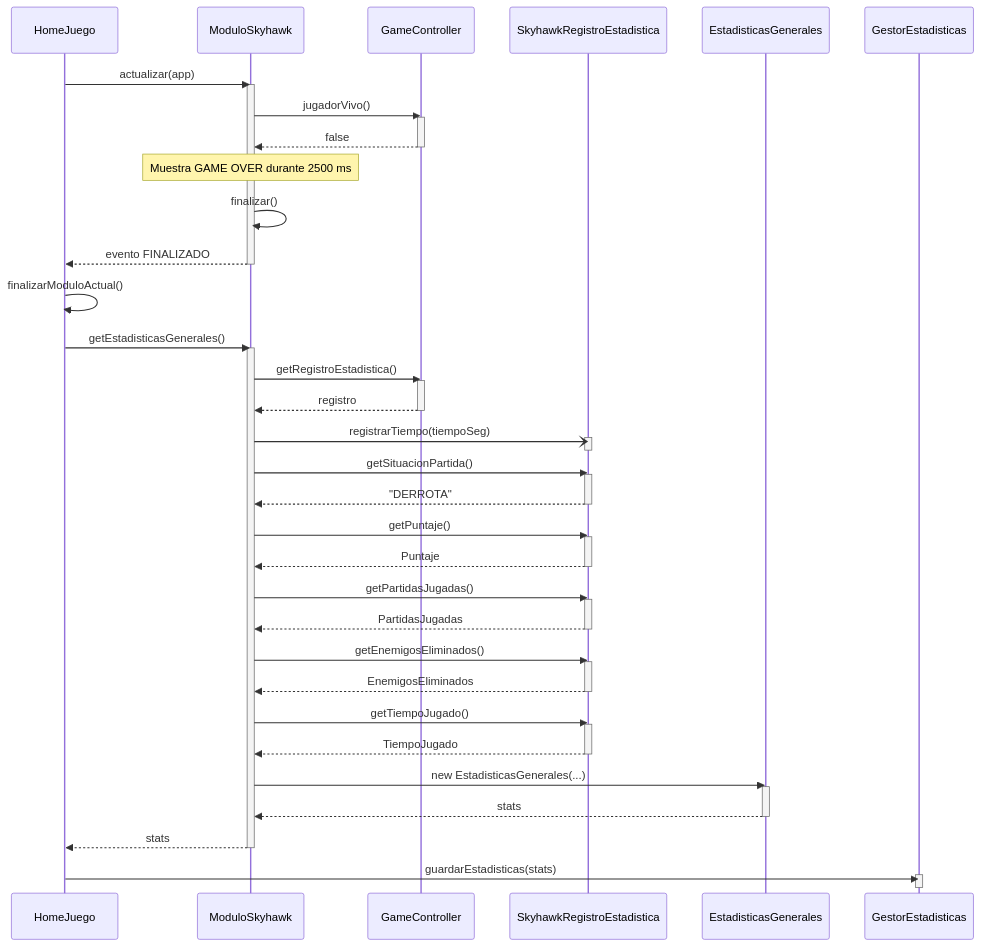
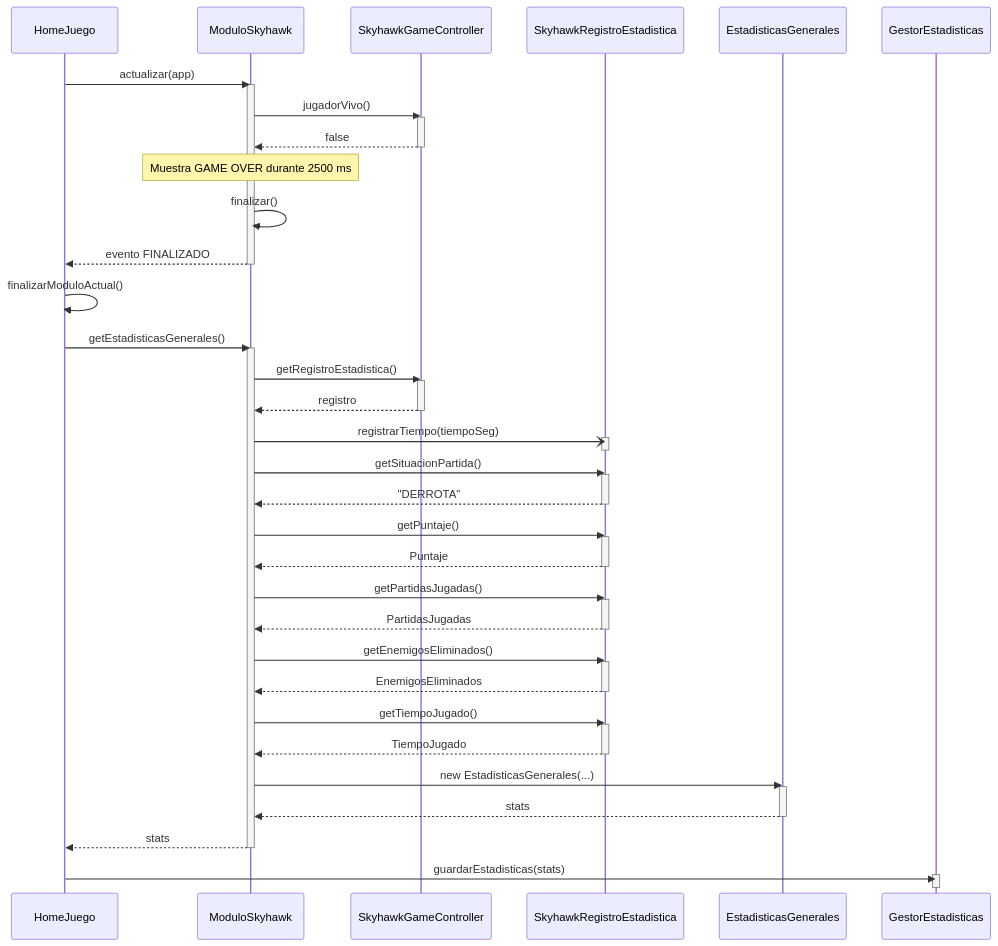
Before and after one commit to chiaraarego/Grupo-2---Skyhawk: the seventh of 7 diagrams in Diagramas/diagram_Secuencias_Actualizados.md, drawn with Mermaid.

````diff
--- a/Diagramas/diagram_Secuencias_Actualizados.md
+++ b/Diagramas/diagram_Secuencias_Actualizados.md
@@ -266,74 +266,74 @@
 ```mermaid
 sequenceDiagram
     participant HomeJuego
-    participant AvionSkyhawk as ModuloSkyhawk
-    participant GameController
+    participant ModuloSkyhawk
+    participant SkyhawkGameController
     participant Registro as SkyhawkRegistroEstadistica
     participant Stats as EstadisticasGenerales
     participant Gestor as GestorEstadisticas
 
-    HomeJuego ->> AvionSkyhawk: actualizar(app)
-    activate AvionSkyhawk
+    HomeJuego ->> ModuloSkyhawk: actualizar(app)
+    activate ModuloSkyhawk
 
-    AvionSkyhawk ->> GameController: jugadorVivo()
-    activate GameController
-    GameController -->> AvionSkyhawk: false
-    deactivate GameController
+    ModuloSkyhawk ->> SkyhawkGameController: jugadorVivo()
+    activate SkyhawkGameController
+    SkyhawkGameController -->> ModuloSkyhawk: false
+    deactivate SkyhawkGameController
 
-    Note over AvionSkyhawk: Muestra GAME OVER durante 2500 ms
+    Note over ModuloSkyhawk: Muestra GAME OVER durante 2500 ms
 
-    AvionSkyhawk ->> AvionSkyhawk: finalizar()
-    AvionSkyhawk -->> HomeJuego: evento FINALIZADO
-    deactivate AvionSkyhawk
+    ModuloSkyhawk ->> ModuloSkyhawk: finalizar()
+    ModuloSkyhawk -->> HomeJuego: evento FINALIZADO
+    deactivate ModuloSkyhawk
 
     HomeJuego ->> HomeJuego: finalizarModuloActual()
 
-    HomeJuego ->> AvionSkyhawk: getEstadisticasGenerales()
-    activate AvionSkyhawk
+    HomeJuego ->> ModuloSkyhawk: getEstadisticasGenerales()
+    activate ModuloSkyhawk
 
-    AvionSkyhawk ->> GameController: getRegistroEstadistica()
-    activate GameController
-    GameController -->> AvionSkyhawk: registro
-    deactivate GameController
+    ModuloSkyhawk ->> SkyhawkGameController: getRegistroEstadistica()
+    activate SkyhawkGameController
+    SkyhawkGameController -->> ModuloSkyhawk: registro
+    deactivate SkyhawkGameController
 
-    AvionSkyhawk -) Registro: registrarTiempo(tiempoSeg)
+    ModuloSkyhawk -) Registro: registrarTiempo(tiempoSeg)
     activate Registro
     deactivate Registro
 
-    AvionSkyhawk ->> Registro: getSituacionPartida()
+    ModuloSkyhawk ->> Registro: getSituacionPartida()
     activate Registro
-    Registro -->> AvionSkyhawk: "DERROTA"
+    Registro -->> ModuloSkyhawk: "DERROTA"
     deactivate Registro
 
-    AvionSkyhawk ->> Registro: getPuntaje()
+    ModuloSkyhawk ->> Registro: getPuntaje()
     activate Registro
-    Registro -->> AvionSkyhawk: Puntaje
+    Registro -->> ModuloSkyhawk: Puntaje
     deactivate Registro
 
-    AvionSkyhawk ->> Registro: getPartidasJugadas()
+    ModuloSkyhawk ->> Registro: getPartidasJugadas()
     activate Registro
-    Registro -->> AvionSkyhawk: PartidasJugadas
+    Registro -->> ModuloSkyhawk: PartidasJugadas
     deactivate Registro
 
-    AvionSkyhawk ->> Registro: getEnemigosEliminados()
+    ModuloSkyhawk ->> Registro: getEnemigosEliminados()
     activate Registro
-    Registro -->> AvionSkyhawk: EnemigosEliminados
+    Registro -->> ModuloSkyhawk: EnemigosEliminados
     deactivate Registro
 
-    AvionSkyhawk ->> Registro: getTiempoJugado()
+    ModuloSkyhawk ->> Registro: getTiempoJugado()
     activate Registro
-    Registro -->> AvionSkyhawk: TiempoJugado
+    Registro -->> ModuloSkyhawk: TiempoJugado
     deactivate Registro
 
-    AvionSkyhawk ->> Stats: new EstadisticasGenerales(...)
+    ModuloSkyhawk ->> Stats: new EstadisticasGenerales(...)
     activate Stats
-    Stats -->> AvionSkyhawk: stats
+    Stats -->> ModuloSkyhawk: stats
     deactivate Stats
 
-    AvionSkyhawk -->> HomeJuego: stats
-    deactivate AvionSkyhawk
+    ModuloSkyhawk -->> HomeJuego: stats
+    deactivate ModuloSkyhawk
 
     HomeJuego ->> Gestor: guardarEstadisticas(stats)
     activate Gestor
     deactivate Gestor
 ```
````
